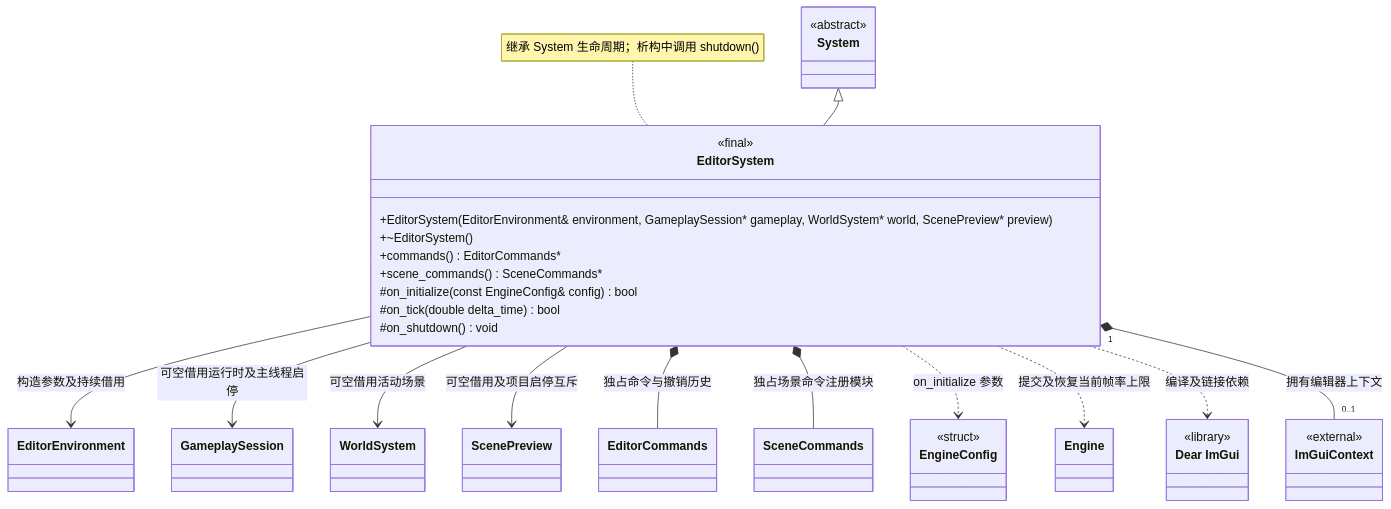
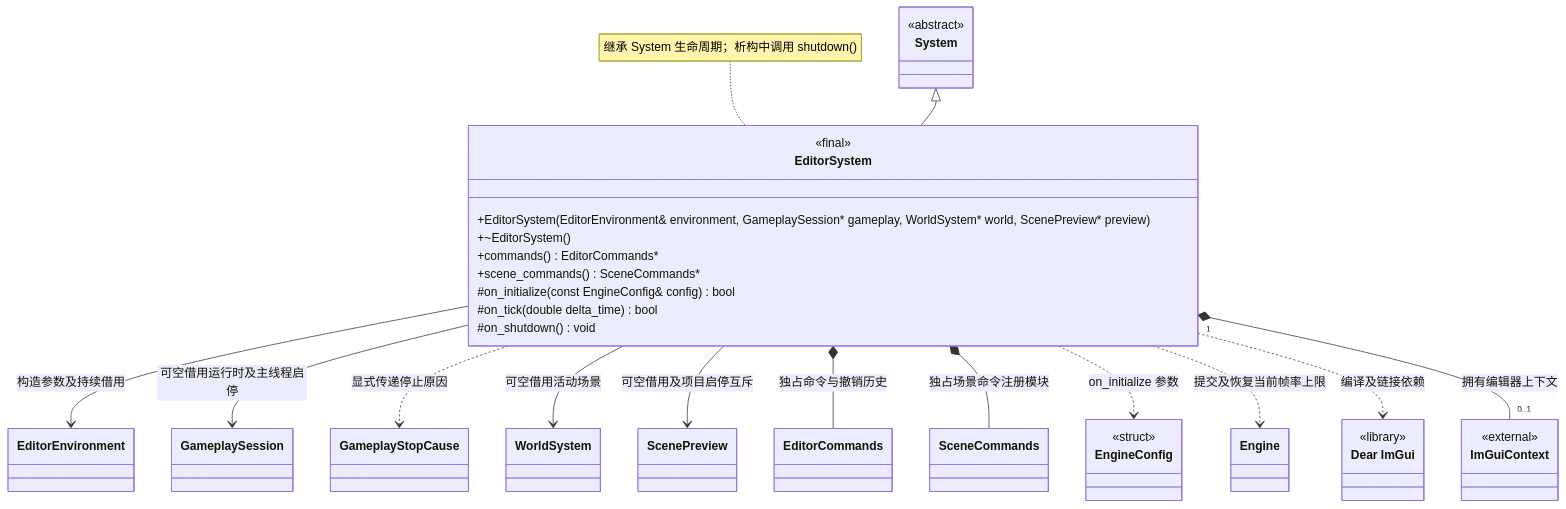
Before and after one commit to lcals/Engine: the diagram in docs/editor/class-diagrams/editor-system.md, drawn with Mermaid. The commit also changed other lines of this file and 63 other files, not shown here.

````diff
--- a/docs/editor/class-diagrams/editor-system.md
+++ b/docs/editor/class-diagrams/editor-system.md
@@ -7,45 +9,47 @@
 ```mermaid
 classDiagram
     direction TB
     class EditorSystem {
         <<final>>
         +EditorSystem(EditorEnvironment& environment, GameplaySession#42; gameplay, WorldSystem#42; world, ScenePreview#42; preview)
         +~EditorSystem()
         +commands() EditorCommands#42;
         +scene_commands() SceneCommands#42;
         #on_initialize(const EngineConfig& config) bool
         #on_tick(double delta_time) bool
         #on_shutdown() void
     }
     class System {
         <<abstract>>
     }
     class EngineConfig {
         <<struct>>
     }
     class Engine
     class EditorEnvironment
     class GameplaySession
+    class GameplayStopCause
     class WorldSystem
     class EditorCommands
     class SceneCommands
     class ScenePreview
     class DearImGui["Dear ImGui"] {
         <<library>>
     }
     class ImGuiContext {
         <<external>>
     }
     System <|-- EditorSystem
     EditorSystem --> EditorEnvironment : 构造参数及持续借用
     EditorSystem --> GameplaySession : 可空借用运行时及主线程启停
+    EditorSystem ..> GameplayStopCause : 显式传递停止原因
     EditorSystem --> WorldSystem : 可空借用活动场景
     EditorSystem --> ScenePreview : 可空借用及项目启停互斥
     EditorSystem *-- EditorCommands : 独占命令与撤销历史
     EditorSystem *-- SceneCommands : 独占场景命令注册模块
     EditorSystem ..> EngineConfig : on_initialize 参数
     EditorSystem ..> Engine : 提交及恢复当前帧率上限
     EditorSystem ..> DearImGui : 编译及链接依赖
     EditorSystem "1" *-- "0..1" ImGuiContext : 拥有编辑器上下文
     note for EditorSystem "继承 System 生命周期；析构中调用 shutdown()"
 ```
````
